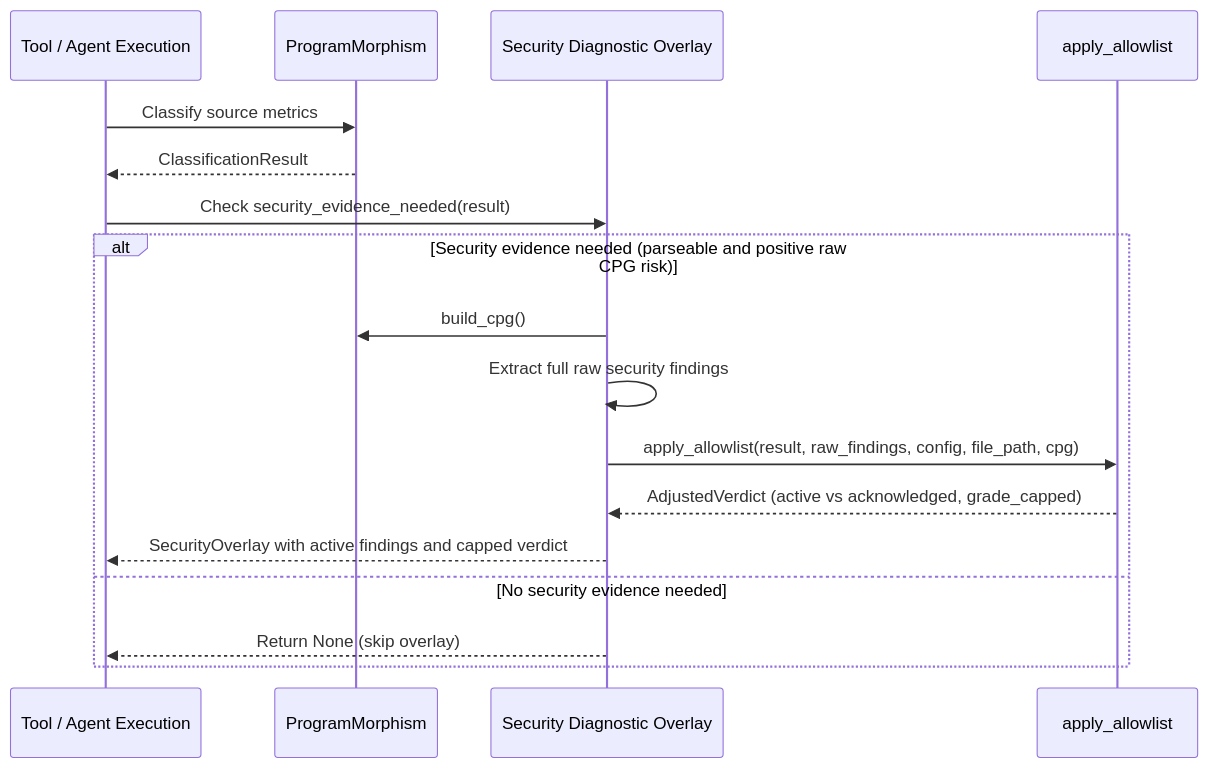
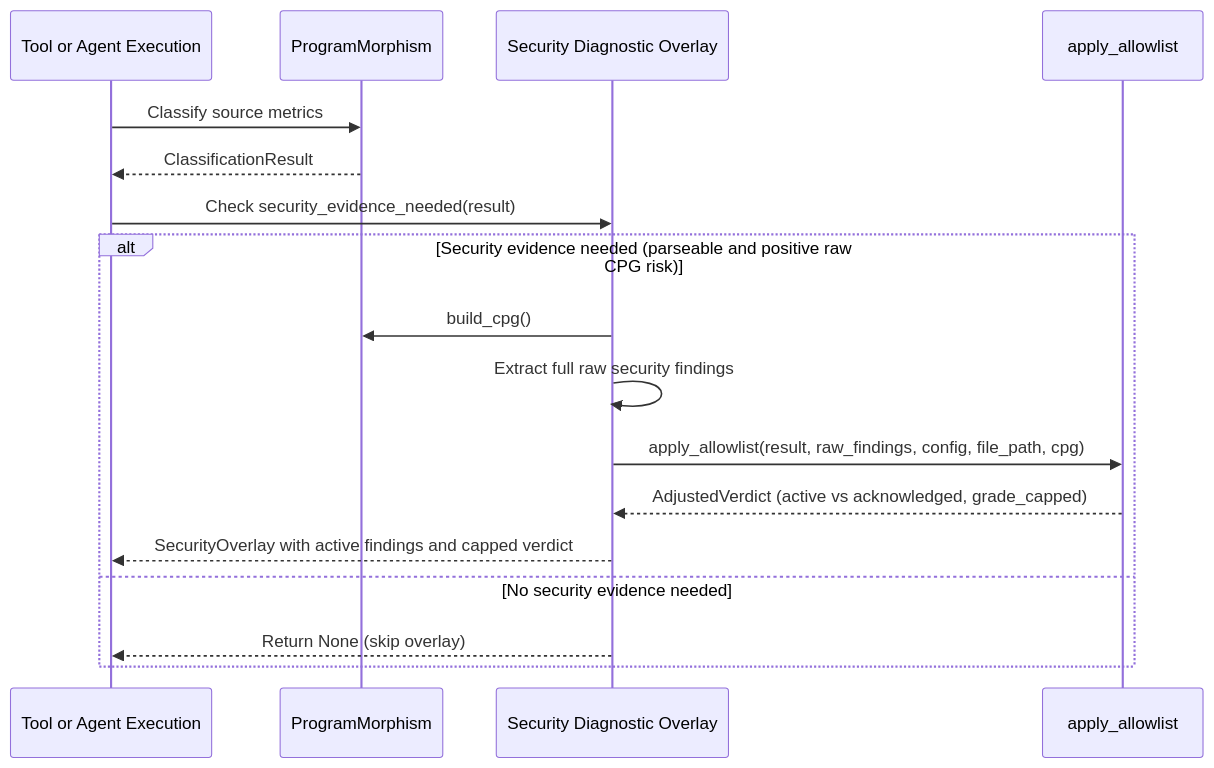
The second of 4 diagrams in openwiki/domain/quality-model.md (Krv-Labs/topos), drawn with Mermaid before and after one commit. The commit also changed other lines of this file and 18 other files, not shown here.

````diff
--- a/openwiki/domain/quality-model.md
+++ b/openwiki/domain/quality-model.md
@@ -157,20 +157,20 @@
 ```mermaid
 sequenceDiagram
-    participant Tool as Tool / Agent Execution
+    participant Tool as Tool or Agent Execution
     participant Morphism as ProgramMorphism
     participant Diag as Security Diagnostic Overlay
     participant Engine as apply_allowlist
 
     Tool->>Morphism: Classify source metrics
     Morphism-->>Tool: ClassificationResult
     Tool->>Diag: Check security_evidence_needed(result)
     alt Security evidence needed (parseable and positive raw CPG risk)
         Diag->>Morphism: build_cpg()
         Diag->>Diag: Extract full raw security findings
         Diag->>Engine: apply_allowlist(result, raw_findings, config, file_path, cpg)
         Engine-->>Diag: AdjustedVerdict (active vs acknowledged, grade_capped)
         Diag-->>Tool: SecurityOverlay with active findings and capped verdict
     else No security evidence needed
         Diag-->>Tool: Return None (skip overlay)
     end
 ```
````
